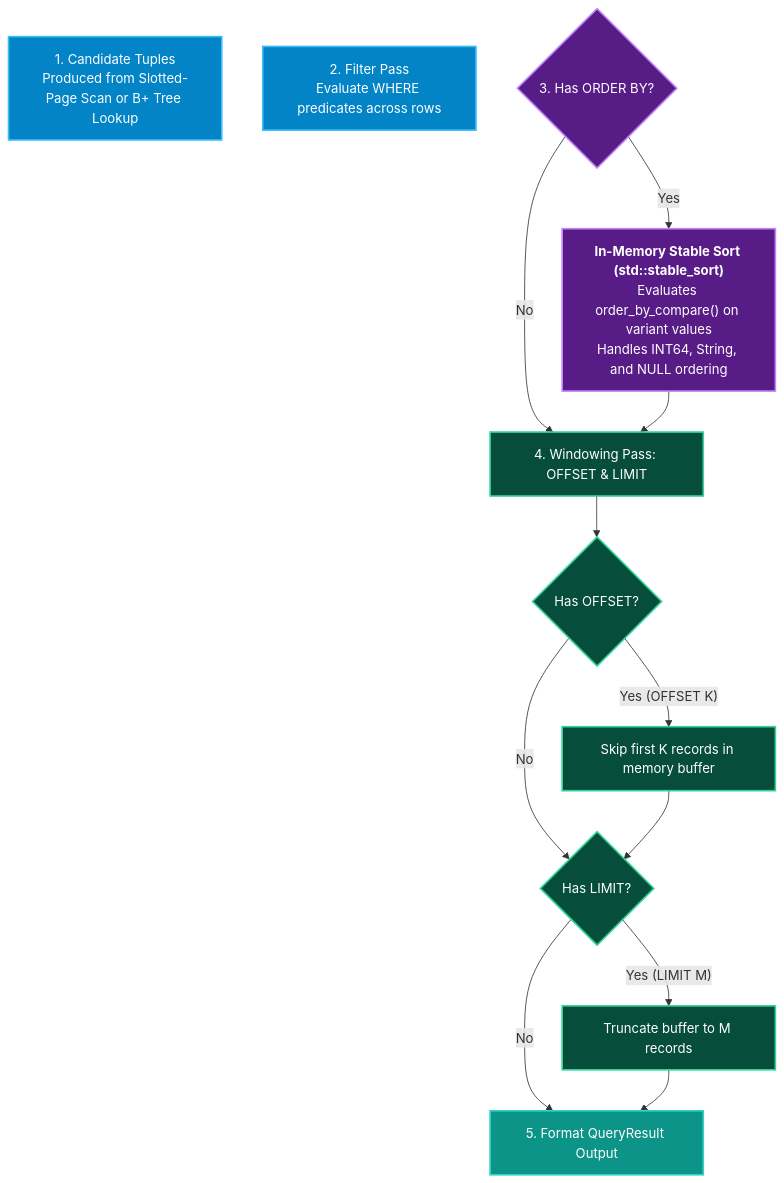
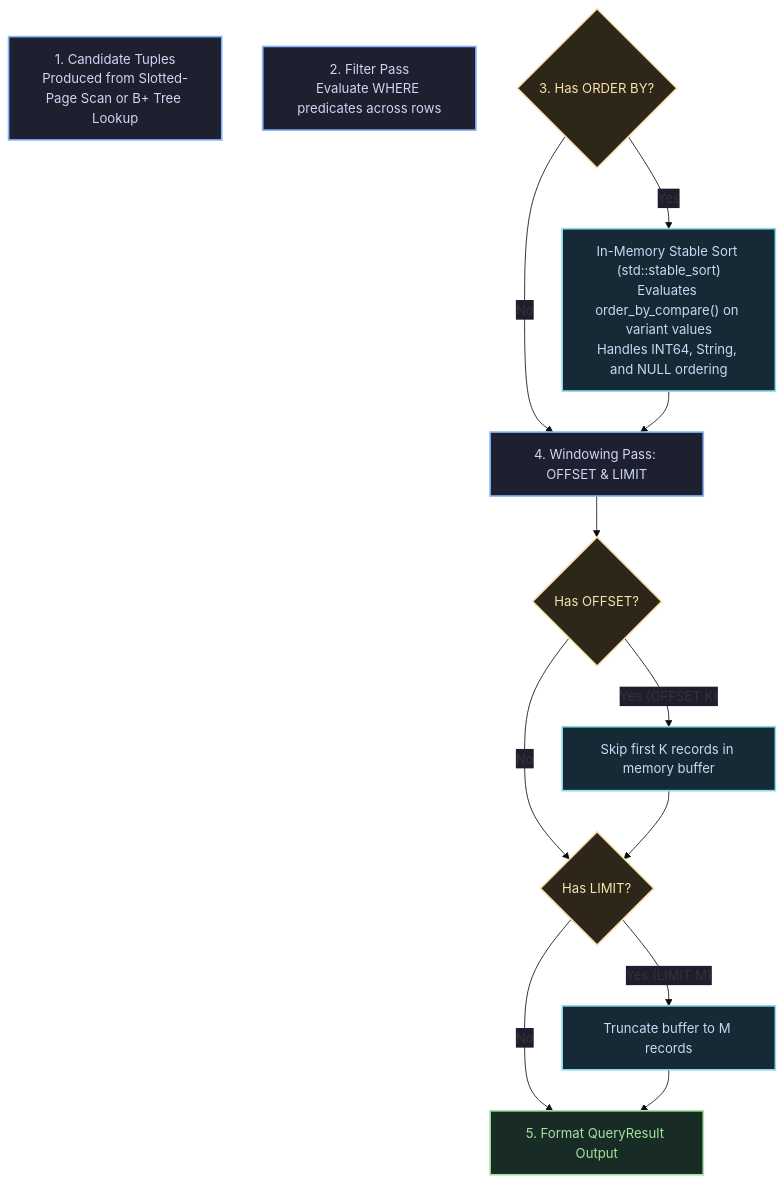
The diagram in docs/sql/order-by-limit.md (KAAZamapiloT/QUARTZ_DB), drawn with Mermaid before and after one commit. The commit also changed 18 other files, not shown here.

````diff
--- a/docs/sql/order-by-limit.md
+++ b/docs/sql/order-by-limit.md
@@ -68,27 +68,29 @@
 ```mermaid
+%%{init: {'theme': 'base', 'themeVariables': {'edgeLabelBackground': '#1e1e2e', 'tertiaryTextColor': '#cdd6f4'}}}%%
 flowchart TD
-    %% Colorful Sorting Pipeline
-    classDef step1 fill:#0284c7,stroke:#38bdf8,stroke-width:2px,color:#ffffff;
-    classDef step2 fill:#581c87,stroke:#c084fc,stroke-width:2px,color:#ffffff;
-    classDef step3 fill:#064e3b,stroke:#34d399,stroke-width:2px,color:#ffffff;
-    classDef step4 fill:#0d9488,stroke:#2dd4bf,stroke-width:2px,color:#ffffff;
+    classDef entry fill:#1e2030,stroke:#89b4fa,stroke-width:2px,color:#cdd6f4;
+    classDef guard fill:#2e2619,stroke:#f9e2af,stroke-width:2px,color:#f9e2af;
+    classDef success fill:#182c25,stroke:#a6e3a1,stroke-width:2px,color:#a6e3a1;
+    classDef error fill:#331c24,stroke:#f38ba8,stroke-width:2px,color:#f38ba8;
+    classDef disk fill:#241e38,stroke:#cba6f7,stroke-width:2px,color:#cdd6f4;
+    classDef shared fill:#162a35,stroke:#89dceb,stroke-width:2px,color:#cdd6f4;
 
-    Candidates["1. Candidate Tuples<br>Produced from Slotted-Page Scan or B+ Tree Lookup"]:::step1
-    FilterPass["2. Filter Pass<br>Evaluate WHERE predicates across rows"]:::step1
+    Candidates["1. Candidate Tuples<br/>Produced from Slotted-Page Scan or B+ Tree Lookup"]:::entry
+    FilterPass["2. Filter Pass<br/>Evaluate WHERE predicates across rows"]:::entry
 
-    SortDecision{"3. Has ORDER BY?"}:::step2
-    SortDecision -- "Yes" --> StableSort["<b>In-Memory Stable Sort (std::stable_sort)</b><br>Evaluates order_by_compare() on variant values<br>Handles INT64, String, and NULL ordering"]:::step2
+    SortDecision{"3. Has ORDER BY?"}:::guard
+    SortDecision -- "Yes" --> StableSort["In-Memory Stable Sort (std::stable_sort)<br/>Evaluates order_by_compare() on variant values<br/>Handles INT64, String, and NULL ordering"]:::shared
     SortDecision -- "No" --> PaginationPass
 
-    StableSort --> PaginationPass["4. Windowing Pass: OFFSET &amp; LIMIT"]:::step3
+    StableSort --> PaginationPass["4. Windowing Pass: OFFSET &amp; LIMIT"]:::entry
 
-    PaginationPass --> OffsetCheck{"Has OFFSET?"}:::step3
-    OffsetCheck -- "Yes (OFFSET K)" --> SliceOffset["Skip first K records in memory buffer"]:::step3
+    PaginationPass --> OffsetCheck{"Has OFFSET?"}:::guard
+    OffsetCheck -- "Yes (OFFSET K)" --> SliceOffset["Skip first K records in memory buffer"]:::shared
     OffsetCheck -- "No" --> LimitCheck
 
-    SliceOffset --> LimitCheck{"Has LIMIT?"}:::step3
-    LimitCheck -- "Yes (LIMIT M)" --> SliceLimit["Truncate buffer to M records"]:::step3
-    LimitCheck -- "No" --> FinalEmit["5. Format QueryResult Output"]:::step4
+    SliceOffset --> LimitCheck{"Has LIMIT?"}:::guard
+    LimitCheck -- "Yes (LIMIT M)" --> SliceLimit["Truncate buffer to M records"]:::shared
+    LimitCheck -- "No" --> FinalEmit["5. Format QueryResult Output"]:::success
 
     SliceLimit --> FinalEmit
 ```
````
